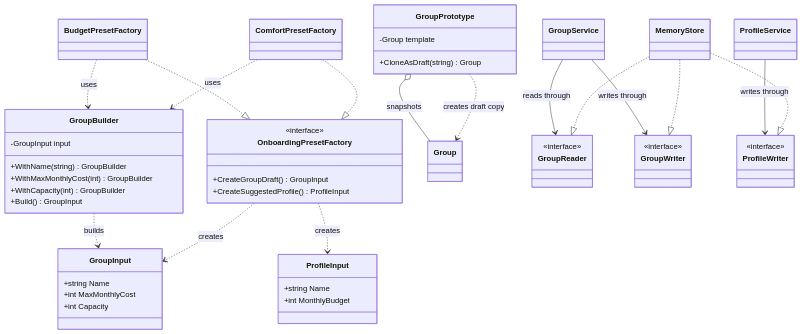
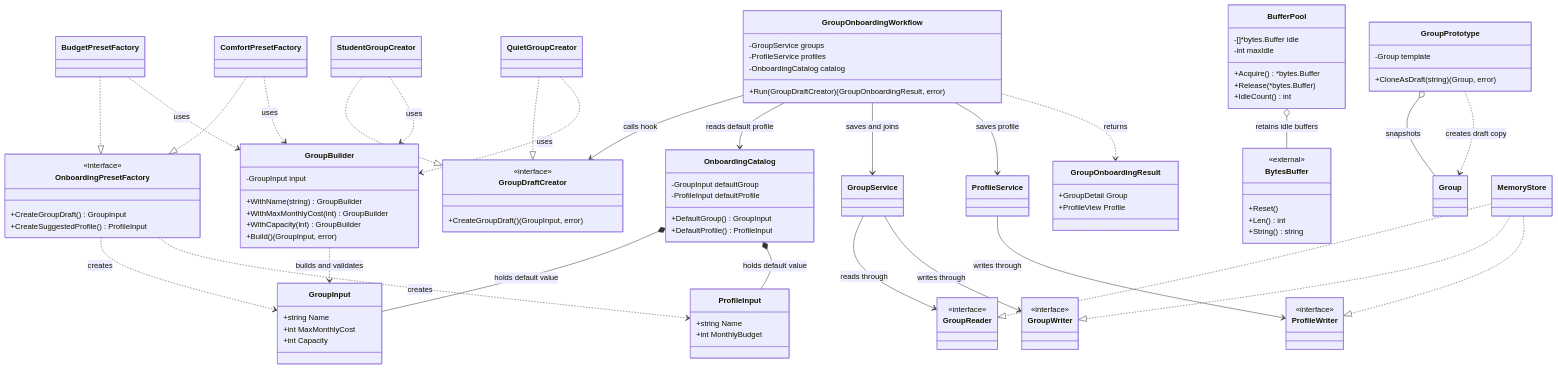
The diagram in lab-01/report.md (Lucian-Adrian/sem5-software-design), drawn with Mermaid before and after one commit. The commit also changed other lines of this file and 13 other files, not shown here.

```diff
--- a/lab-01/report.md
+++ b/lab-01/report.md
@@ -515,7 +655,7 @@
         +WithName(string) GroupBuilder
         +WithMaxMonthlyCost(int) GroupBuilder
         +WithCapacity(int) GroupBuilder
-        +Build() GroupInput
+        +Build() (GroupInput, error)
     }
     class OnboardingPresetFactory {
         <<interface>>
@@ -526,7 +666,42 @@
     class ComfortPresetFactory
     class GroupPrototype {
         -Group template
-        +CloneAsDraft(string) Group
+        +CloneAsDraft(string) (Group, error)
+    }
+    class OnboardingCatalog {
+        -GroupInput defaultGroup
+        -ProfileInput defaultProfile
+        +DefaultGroup() GroupInput
+        +DefaultProfile() ProfileInput
+    }
+    class GroupDraftCreator {
+        <<interface>>
+        +CreateGroupDraft() (GroupInput, error)
+    }
+    class StudentGroupCreator
+    class QuietGroupCreator
+    class GroupOnboardingWorkflow {
+        -GroupService groups
+        -ProfileService profiles
+        -OnboardingCatalog catalog
+        +Run(GroupDraftCreator) (GroupOnboardingResult, error)
+    }
+    class GroupOnboardingResult {
+        +GroupDetail Group
+        +ProfileView Profile
+    }
+    class BufferPool {
+        -[]*bytes.Buffer idle
+        -int maxIdle
+        +Acquire() *bytes.Buffer
+        +Release(*bytes.Buffer)
+        +IdleCount() int
+    }
+    class BytesBuffer {
+        <<external>>
+        +Reset()
+        +Len() int
+        +String() string
     }
     class Group
     class GroupService
@@ -541,7 +716,7 @@
     class ProfileWriter {
         <<interface>>
     }
-    GroupBuilder ..> GroupInput : builds
+    GroupBuilder ..> GroupInput : builds and validates
     BudgetPresetFactory ..|> OnboardingPresetFactory
     ComfortPresetFactory ..|> OnboardingPresetFactory
     BudgetPresetFactory ..> GroupBuilder : uses
@@ -550,6 +725,18 @@
     OnboardingPresetFactory ..> ProfileInput : creates
     GroupPrototype o-- Group : snapshots
     GroupPrototype ..> Group : creates draft copy
+    OnboardingCatalog *-- GroupInput : holds default value
+    OnboardingCatalog *-- ProfileInput : holds default value
+    StudentGroupCreator ..|> GroupDraftCreator
+    QuietGroupCreator ..|> GroupDraftCreator
+    StudentGroupCreator ..> GroupBuilder : uses
+    QuietGroupCreator ..> GroupBuilder : uses
+    GroupOnboardingWorkflow --> GroupDraftCreator : calls hook
+    GroupOnboardingWorkflow --> OnboardingCatalog : reads default profile
+    GroupOnboardingWorkflow --> GroupService : saves and joins
+    GroupOnboardingWorkflow --> ProfileService : saves profile
+    GroupOnboardingWorkflow ..> GroupOnboardingResult : returns
+    BufferPool o-- BytesBuffer : retains idle buffers
     GroupService --> GroupReader : reads through
     GroupService --> GroupWriter : writes through
     ProfileService --> ProfileWriter : writes through
```
